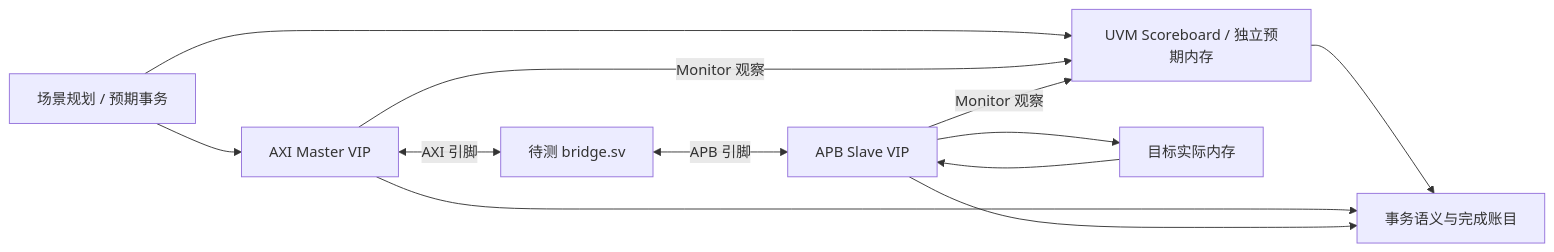
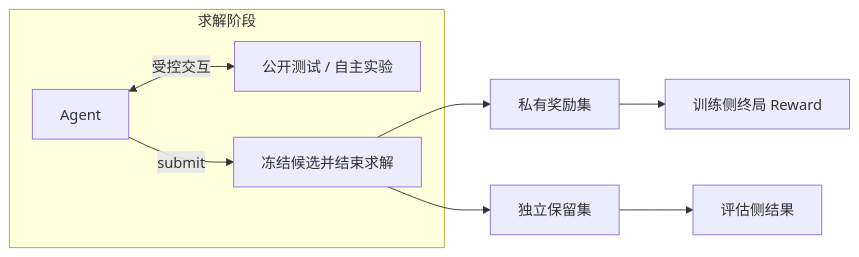
The sixth of 8 diagrams in README.md (5Mcv4He/ProtocolBridge-RL), drawn with Mermaid before and after one commit. The commit also changed other lines of this file, not shown here.

Commit message:
docs: restructure README around task, environment, reward and data strategy

````diff
--- a/README.md
+++ b/README.md
@@ -97,14 +225,11 @@
 ```mermaid
 flowchart LR
-    PLAN["场景规划 / 预期事务"] --> AXI["AXI Master VIP"]
-    AXI <-->|"AXI 引脚"| DUT["待测 bridge.sv"]
-    DUT <-->|"APB 引脚"| APB["APB Slave VIP"]
-    PLAN --> SB["UVM Scoreboard / 独立预期内存"]
-    AXI -->|"Monitor 观察"| SB
-    APB -->|"Monitor 观察"| SB
-    APB --> ACT["目标实际内存"]
-    ACT --> APB
-    SB --> CHECK["事务语义与完成账目"]
-    AXI --> CHECK
-    APB --> CHECK
+    subgraph SOLVE["求解阶段"]
+        A["Agent"] <-->|"受控交互"| DEV["公开测试 / 自主实验"]
+        A -->|"submit"| S["冻结候选并结束求解"]
+    end
+    S --> P["私有奖励集"]
+    S --> H["独立保留集"]
+    P --> R["训练侧终局 Reward"]
+    H --> E["评估侧结果"]
 ```
````
